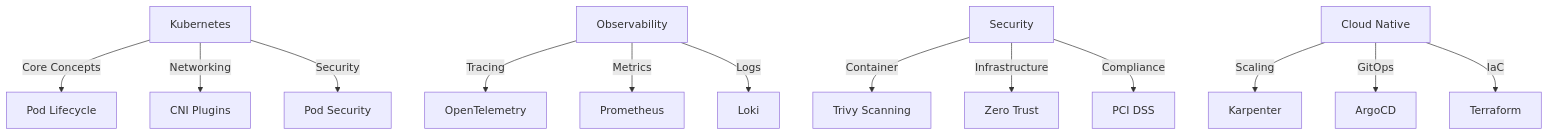
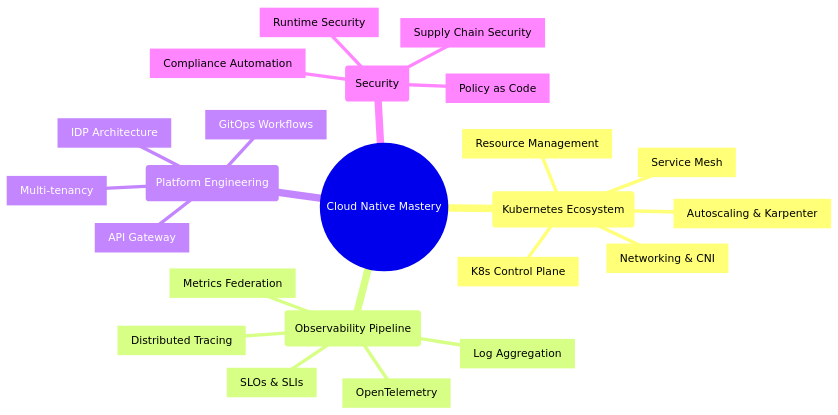
The diagram in README.md (dhaval512/dhaval512), drawn with Mermaid before and after one commit. The commit also changed other lines of this file, not shown here.

````diff
--- a/README.md
+++ b/README.md
@@ -90,18 +95,26 @@
 ```mermaid
-graph TD
-    K8s[Kubernetes] --> |Core Concepts| Pod[Pod Lifecycle]
-    K8s --> |Networking| CNI[CNI Plugins]
-    K8s --> |Security| PSP[Pod Security]
-    
-    Obs[Observability] --> |Tracing| OTel[OpenTelemetry]
-    Obs --> |Metrics| Prom[Prometheus]
-    Obs --> |Logs| Loki[Loki]
-    
-    Sec[Security] --> |Container| Trivy[Trivy Scanning]
-    Sec --> |Infrastructure| ZT[Zero Trust]
-    Sec --> |Compliance| PCI[PCI DSS]
-    
-    Cloud[Cloud Native] --> |Scaling| Karp[Karpenter]
-    Cloud --> |GitOps| Argo[ArgoCD]
-    Cloud --> |IaC| TF[Terraform]
+mindmap
+  root((Cloud Native Mastery))
+    (Kubernetes Ecosystem)
+      [K8s Control Plane]
+      [Networking & CNI]
+      [Autoscaling & Karpenter]
+      [Resource Management]
+      [Service Mesh]
+    (Observability Pipeline)
+      [OpenTelemetry]
+      [Metrics Federation]
+      [Distributed Tracing]
+      [Log Aggregation]
+      [SLOs & SLIs]
+    (Platform Engineering)
+      [IDP Architecture]
+      [GitOps Workflows]
+      [API Gateway]
+      [Multi-tenancy]
+    (Security)
+      [Runtime Security]
+      [Supply Chain Security]
+      [Policy as Code]
+      [Compliance Automation]
 ```
````
